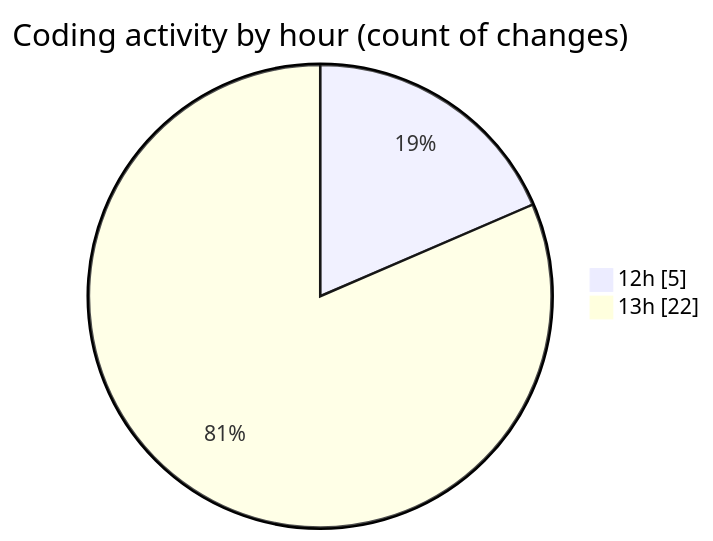
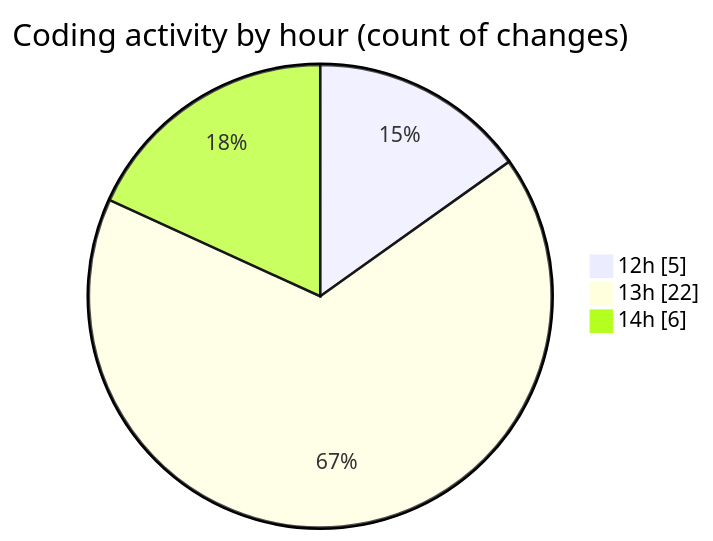
Before and after one commit to MatusMokan/code-tracking: the second of 2 diagrams in 2025-04-19/myws__workspace_/README.md, drawn with Mermaid. The commit also changed other lines of this file and 1 other file, not shown here.

````diff
--- a/2025-04-19/myws__workspace_/README.md
+++ b/2025-04-19/myws__workspace_/README.md
@@ -31,6 +31,7 @@
 ```mermaid
 pie showData
 title Coding activity by hour (count of changes)
 "12h" : 5
 "13h" : 22
+"14h" : 6
 ```
````
